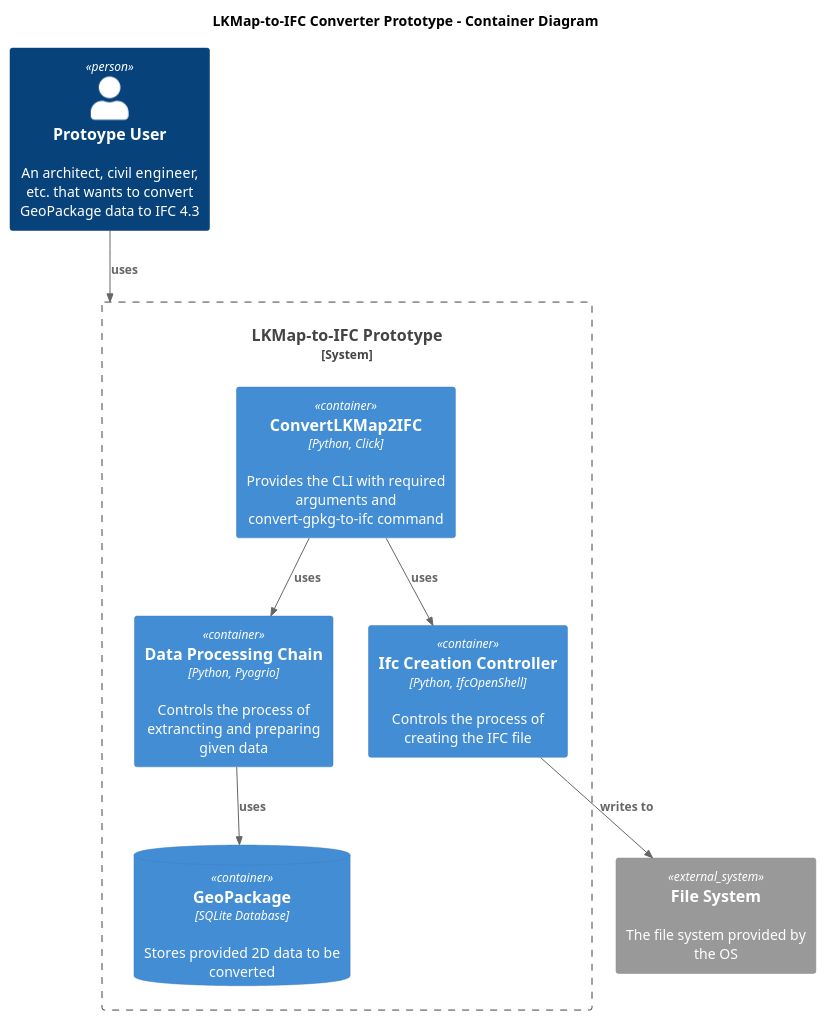
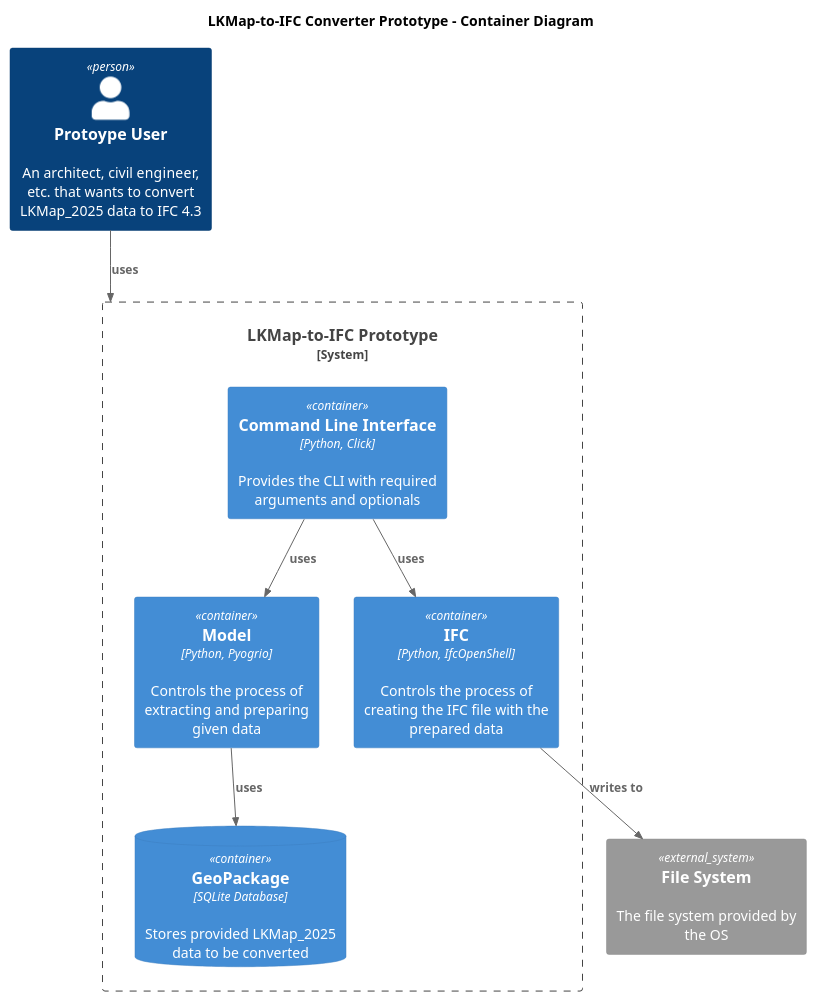
Before and after one commit to jmaier241117/LKMap2025_to_IFC_cli: the diagram in resources/ContainerDiagram.puml, drawn with PlantUML. The commit also changed 10 other files, not shown here.

```diff
--- a/resources/ContainerDiagram.puml
+++ b/resources/ContainerDiagram.puml
@@ -1,21 +1,21 @@
 @startuml
 
 !include C4_Container.puml
 
 title LKMap-to-IFC Converter Prototype - Container Diagram
-Person(user, "Protoype User", "An architect, civil engineer, etc. that wants to convert GeoPackage data to IFC 4.3 ")
+Person(user, "Protoype User", "An architect, civil engineer, etc. that wants to convert LKMap_2025 data to IFC 4.3 ")
 
 System_Boundary(system, "LKMap-to-IFC Prototype") {
-    Container(cli, "ConvertLKMap2IFC", "Python, Click", "Provides the CLI with required arguments and convert-gpkg-to-ifc command")
-    Container(model, "Data Processing Chain", "Python, Pyogrio", "Controls the process of extrancting and preparing given data")
-    Container(ifc, "Ifc Creation Controller", "Python, IfcOpenShell", "Controls the process of creating the IFC file")
-    ContainerDb(geoPackage, "GeoPackage", "SQLite Database", "Stores provided 2D data to be converted")
+    Container(cli, "Command Line Interface", "Python, Click", "Provides the CLI with required arguments and optionals")
+    Container(model, "Model", "Python, Pyogrio", "Controls the process of extracting and preparing given data")
+    Container(ifc, "IFC", "Python, IfcOpenShell", "Controls the process of creating the IFC file with the prepared data")
+    ContainerDb(geoPackage, "GeoPackage", "SQLite Database", "Stores provided LKMap_2025 data to be converted")
     Rel(cli, model, "uses")
     Rel(cli, ifc, "uses")
     Rel(model, geoPackage, "uses")
 }
 System_Ext(filesystem, "File System", "The file system provided by the OS")
 Rel(user, system, "uses")
 Rel(ifc, filesystem, "writes to")
 
 @enduml
```
